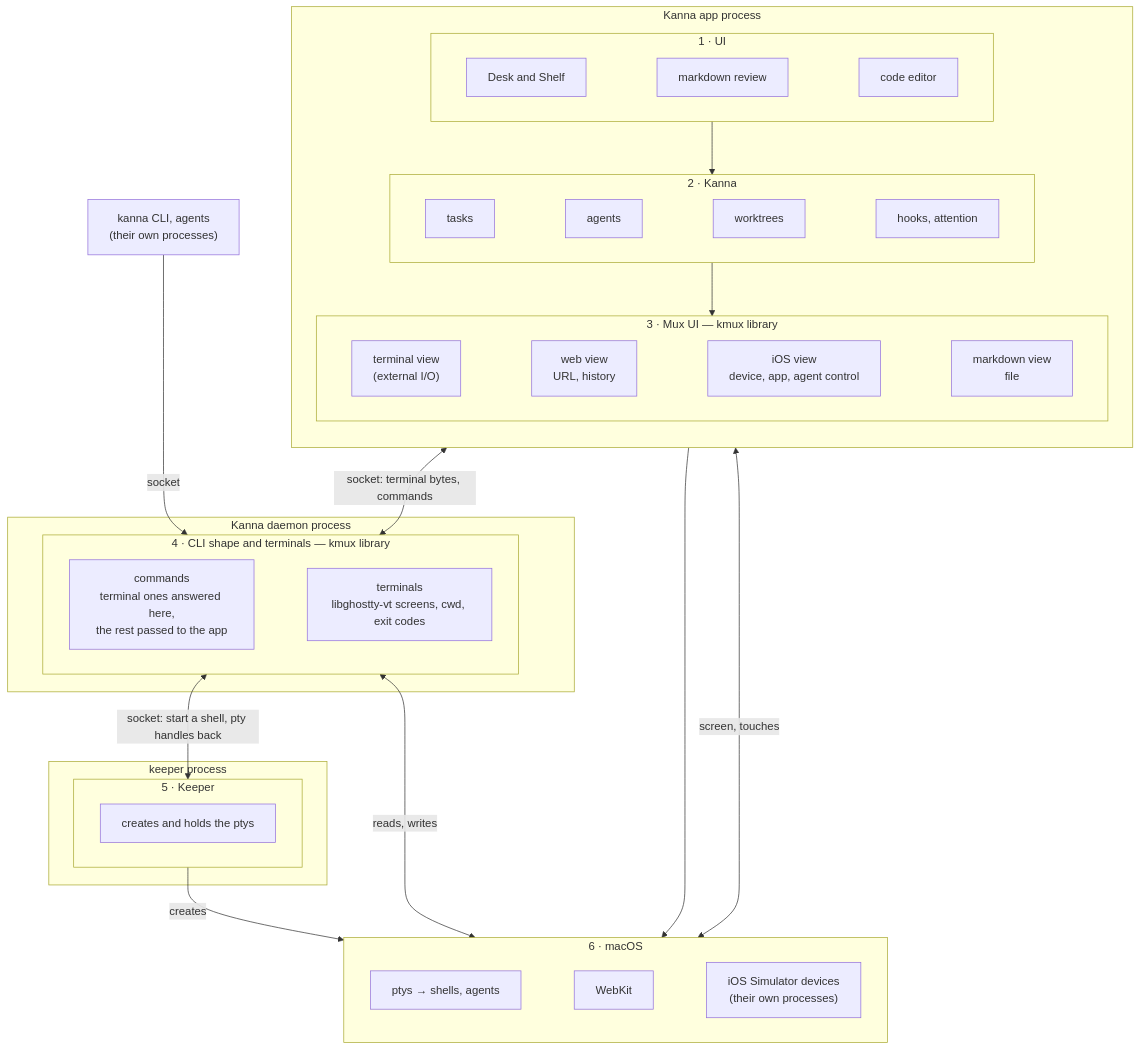
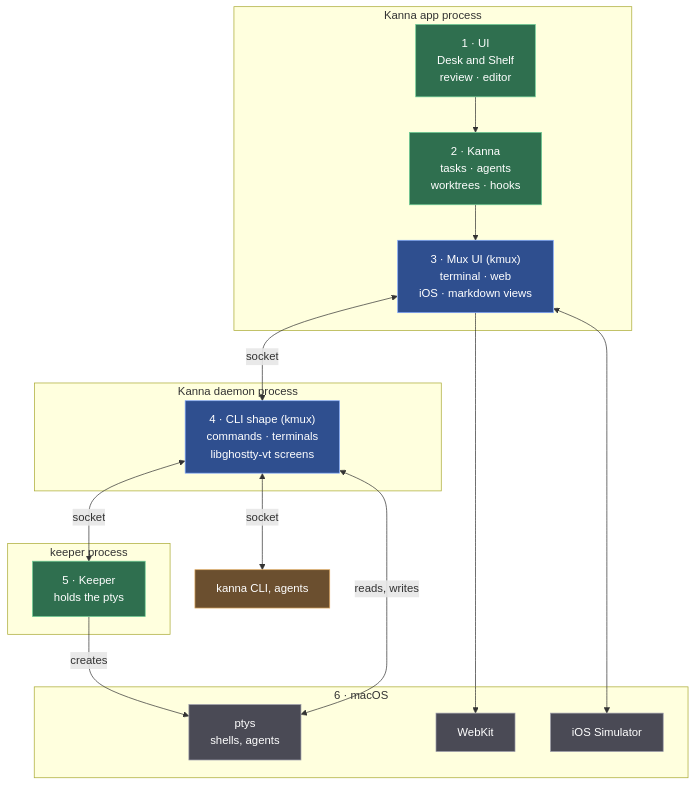
One commit to jemdiggity/kanna-v4 changed the first of 9 diagrams in docs/research/mux-architecture.md. Above: the diagram before and after it, drawn with Mermaid. The commit also changed other lines of this file, not shown here.

Commit message:
Mux architecture: beautify the diagrams (colours by owner, processes as boxes, layers as bars)

````diff
--- a/docs/research/mux-architecture.md
+++ b/docs/research/mux-architecture.md
@@ -43,42 +45,36 @@
 ```mermaid
 flowchart TB
-    CLI["kanna CLI, agents<br/>(their own processes)"]
-    subgraph PAPP["Kanna app process"]
-        direction TB
-        subgraph L1["1 · UI"]
-            direction LR
-            DESK["Desk and Shelf"] ~~~ REVIEW["markdown review"] ~~~ EDIT["code editor"]
-        end
-        subgraph L2["2 · Kanna"]
-            direction LR
-            TASKS["tasks"] ~~~ AGENTS["agents"] ~~~ WT["worktrees"] ~~~ HOOKS["hooks, attention"]
-        end
-        subgraph L3["3 · Mux UI — kmux library"]
-            direction LR
-            TV["terminal view<br/>(external I/O)"] ~~~ WV["web view<br/>URL, history"] ~~~ IV["iOS view<br/>device, app, agent control"] ~~~ MV["markdown view<br/>file"]
-        end
+    subgraph APP["Kanna app process"]
+        L1["1 · UI<br/>Desk and Shelf<br/>review · editor"]
+        L2["2 · Kanna<br/>tasks · agents<br/>worktrees · hooks"]
+        L3["3 · Mux UI (kmux)<br/>terminal · web<br/>iOS · markdown views"]
         L1 --> L2 --> L3
     end
-    subgraph PD["Kanna daemon process"]
-        subgraph L4["4 · CLI shape and terminals — kmux library"]
-            direction LR
-            CMD["commands<br/>terminal ones answered here,<br/>the rest passed to the app"] ~~~ TS["terminals<br/>libghostty-vt screens, cwd, exit codes"]
-        end
+    subgraph DAEMON["Kanna daemon process"]
+        L4["4 · CLI shape (kmux)<br/>commands · terminals<br/>libghostty-vt screens"]
     end
-    subgraph PK["keeper process"]
-        subgraph L5["5 · Keeper"]
-            KEEP["creates and holds the ptys"]
-        end
+    subgraph KEEPER["keeper process"]
+        L5["5 · Keeper<br/>holds the ptys"]
     end
-    subgraph L6["6 · macOS"]
-        direction LR
-        PTY["ptys → shells, agents"] ~~~ WK["WebKit"] ~~~ SIM["iOS Simulator devices<br/>(their own processes)"]
+    subgraph OS["6 · macOS"]
+        PTY["ptys<br/>shells, agents"]
+        WK["WebKit"]
+        SIM["iOS Simulator"]
     end
-    CLI -->|"socket"| L4
-    L3 <-->|"socket: terminal bytes, commands"| L4
-    L4 <-->|"socket: start a shell, pty handles back"| L5
+    L4 <-->|"socket"| CLI["kanna CLI, agents"]
+    L3 <-->|"socket"| L4
+    L4 <-->|"socket"| L5
     L5 -->|"creates"| PTY
     L4 <-->|"reads, writes"| PTY
-    WV --> WK
-    IV <-->|"screen, touches"| SIM
+    L3 --> WK
+    L3 <--> SIM
+    classDef kanna fill:#2f6f4f,stroke:#6fcf97,color:#ffffff
+    classDef kmux fill:#2f4f8f,stroke:#7fa7ff,color:#ffffff
+    classDef kmuxapp fill:#4f3f7f,stroke:#b39cff,color:#ffffff
+    classDef os fill:#4a4a55,stroke:#9a9aa8,color:#ffffff
+    classDef ext fill:#6b4f2f,stroke:#e0a960,color:#ffffff
+    class L1,L2,L5 kanna
+    class L3,L4 kmux
+    class PTY,WK,SIM os
+    class CLI ext
 ```
````
